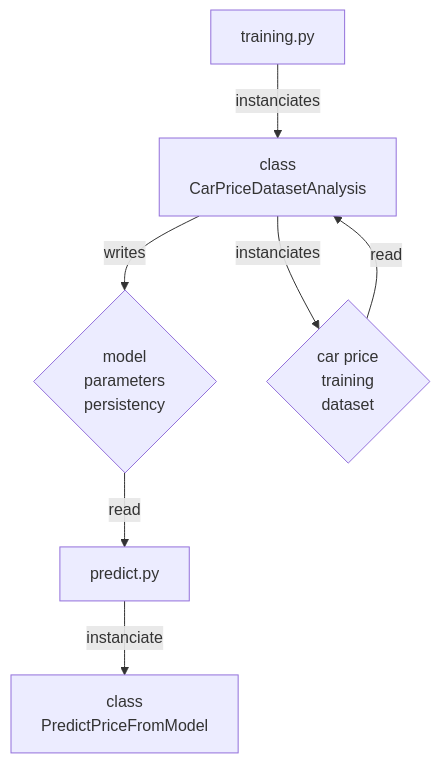
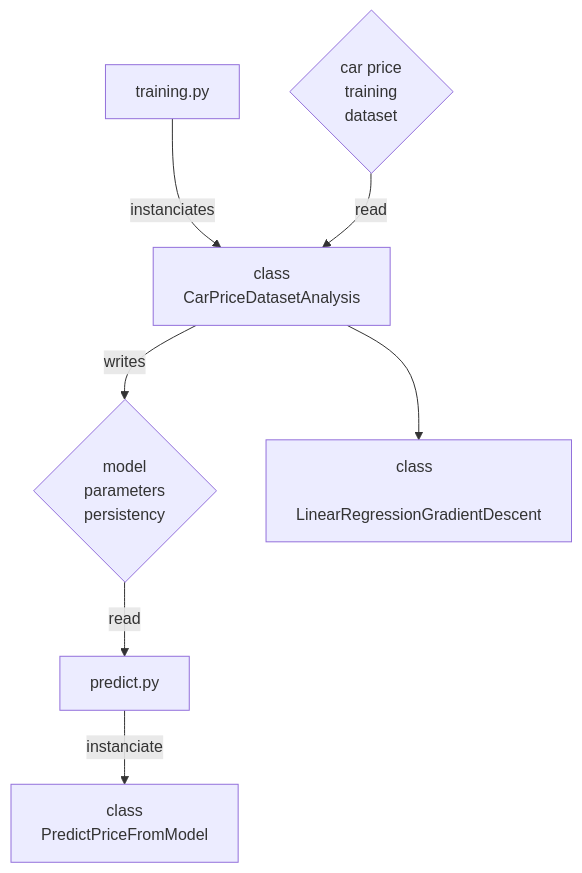
The diagram in README.md (shameleon/ft_linear_regression), drawn with Mermaid before and after one commit. The commit also changed other lines of this file, not shown here.

Commit message:
minor editing

````diff
--- a/README.md
+++ b/README.md
@@ -104,9 +104,9 @@
 ```mermaid
 graph TD;
   A[predict.py]-->|instanciate|B[class <br> PredictPriceFromModel];
   C{model  <br>  parameters  <br> persistency}--read-->A[predict.py];
   D[training.py]--instanciates-->E[class  <br> CarPriceDatasetAnalysis];
-  E[class  <br> CarPriceDatasetAnalysis]--instanciates-->F[class  <br> LinearRegressionGradientDescent];
+  E[class  <br> CarPriceDatasetAnalysis]-->F[class  <br> LinearRegressionGradientDescent];
   E[class  <br> CarPriceDatasetAnalysis]--writes-->C{model  <br>  parameters  <br> persistency};
-  F{car price <br>  training  <br> dataset}--read-->E[class  <br> CarPriceDatasetAnalysis];
+  G{car price <br>  training  <br> dataset}--read-->E[class  <br> CarPriceDatasetAnalysis];
 ```
````
